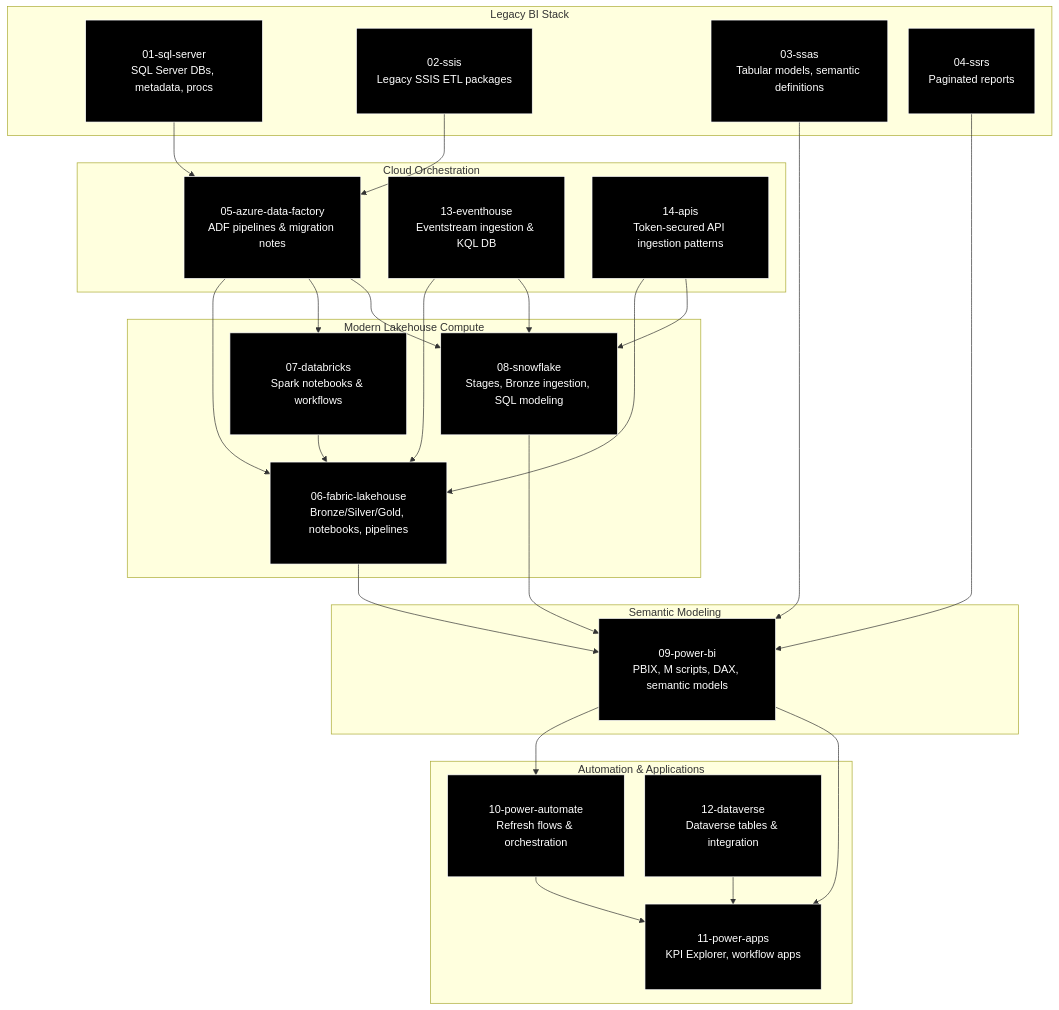
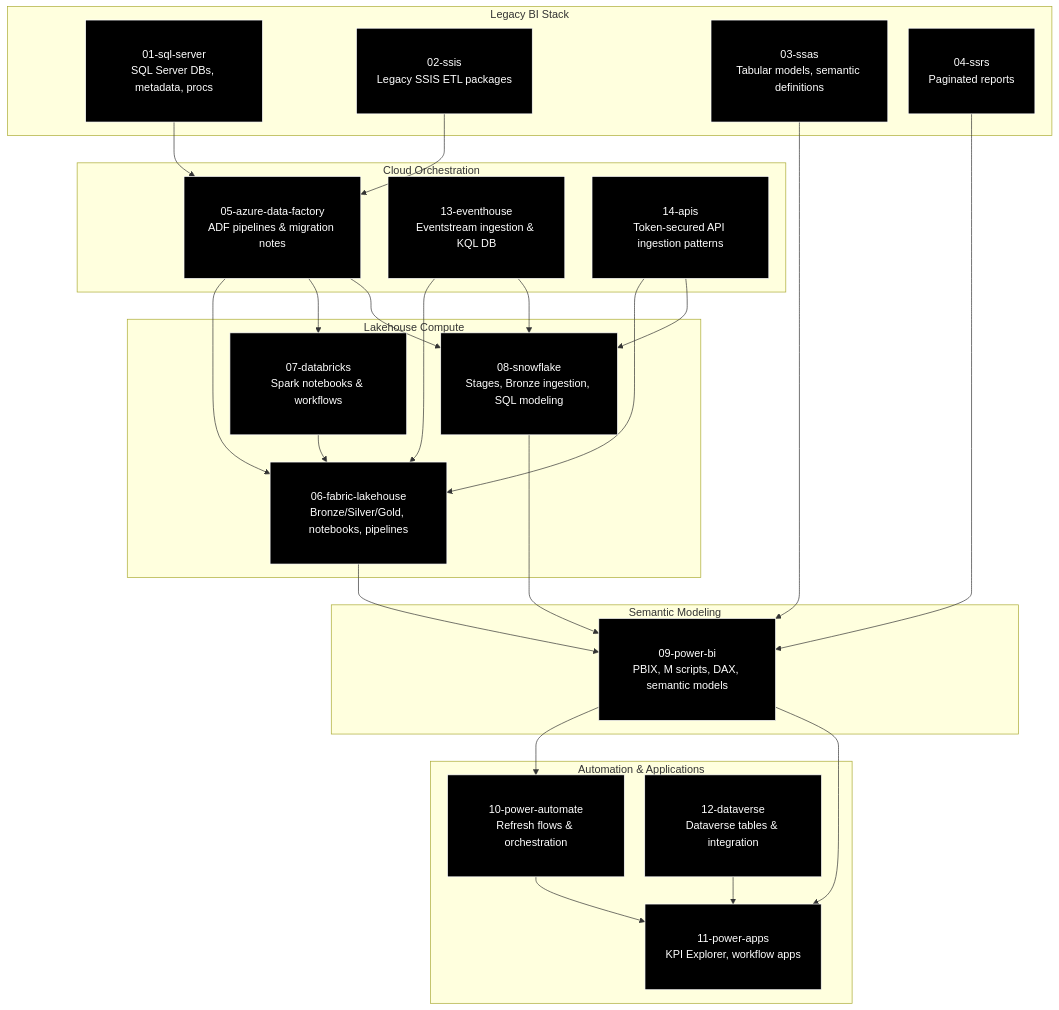
The diagram in docs/README.md (michaelraylloyd/gulf-to-bay-analytics-modernization), drawn with Mermaid before and after one commit.

Commit message:
Expanded SQL Server modernization narrative; added GTB-aligned documentation and DBA toolkit headers

```diff
--- a/docs/README.md
+++ b/docs/README.md
@@ -603,7 +603,7 @@
 %% ---------------------------------
 %% L3 — MODERN LAKEHOUSE & COMPUTE
 %% ---------------------------------
-subgraph L3[Modern Lakehouse Compute]
+subgraph L3[Lakehouse Compute]
     L3_PAD["\n\n"]:::spacer
     FAB[06-fabric-lakehouse<br/>Bronze/Silver/Gold, notebooks, pipelines]:::dark
     DBX[07-databricks<br/>Spark notebooks & workflows]:::dark
```
